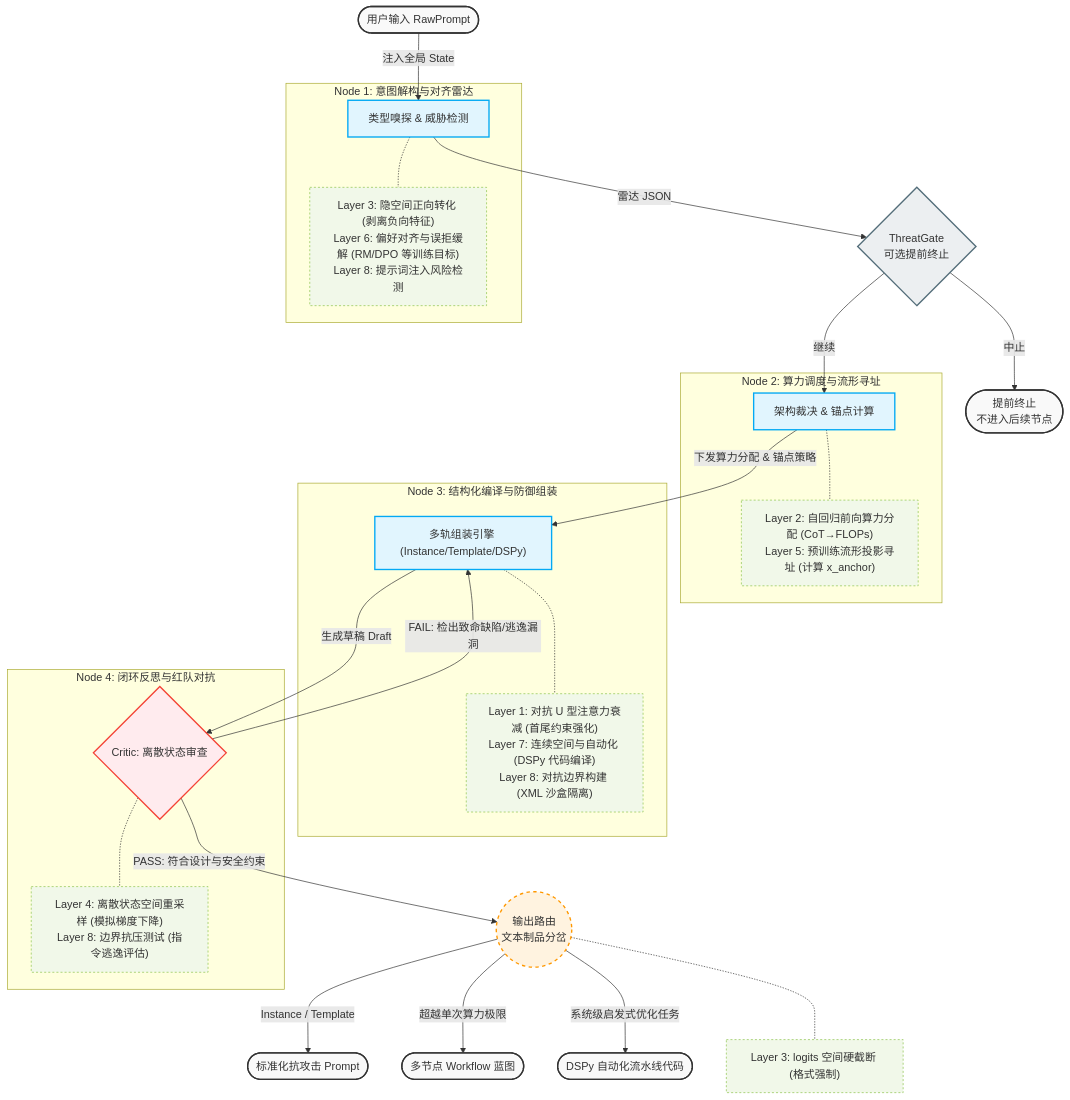
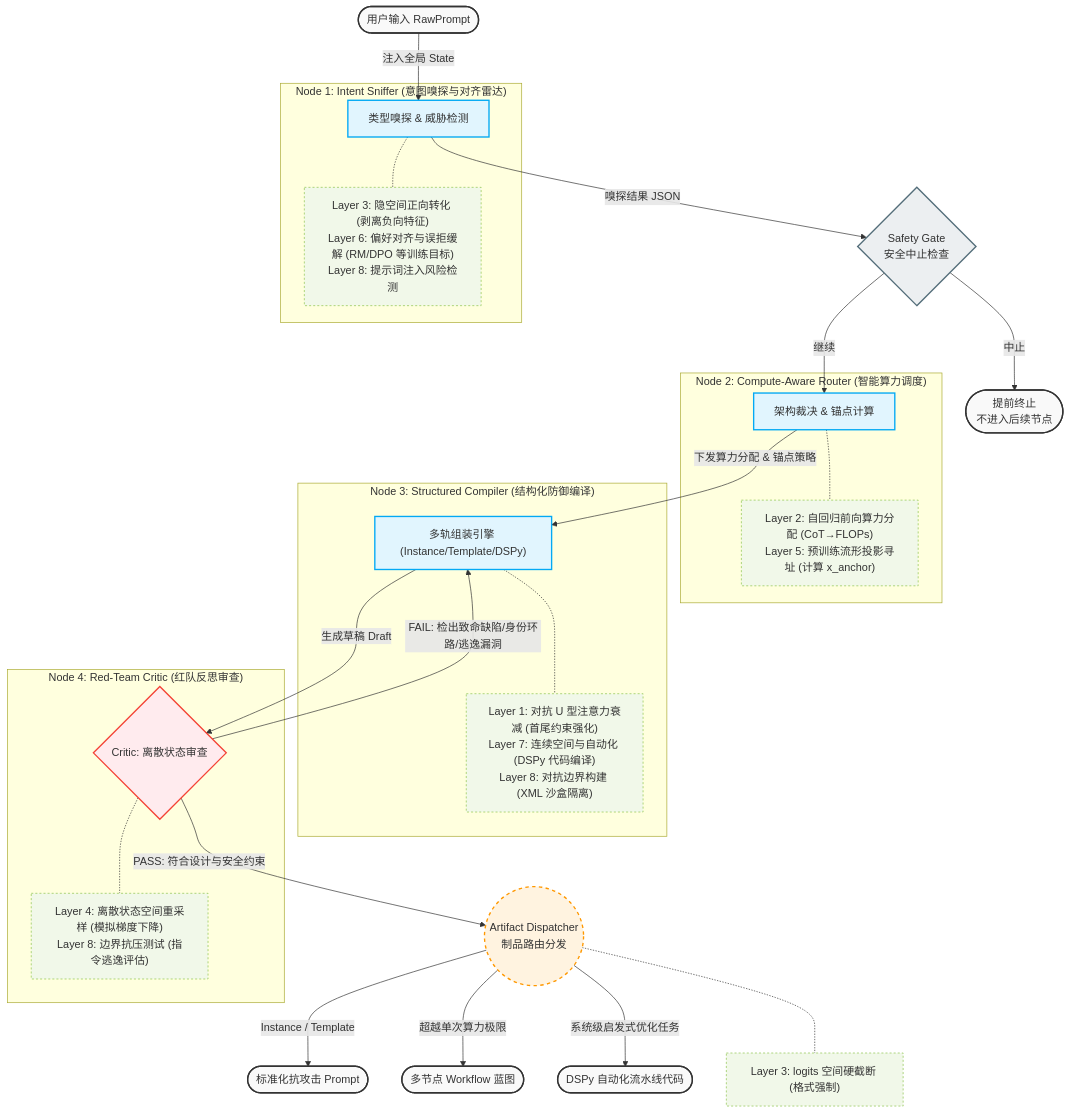
One commit to RimmonXIA/Prompt_Polisher changed the diagram in docs/THEORY.zh.md. Above: the diagram before and after it, drawn with Mermaid. The commit also changed other lines of this file and 6 other files, not shown here.

Commit message:
docs: synchronize all theory and flow documentation; bump version to 0.2.0

````diff
--- a/docs/THEORY.zh.md
+++ b/docs/THEORY.zh.md
@@ -21,75 +27,75 @@
 ```mermaid
 graph TD
     %% 定义样式
     classDef inputOutput fill:#f9f9f9,stroke:#333,stroke-width:2px;
     classDef node fill:#e1f5fe,stroke:#03a9f4,stroke-width:2px;
     classDef critic fill:#ffebee,stroke:#f44336,stroke-width:2px;
     classDef routing fill:#fff3e0,stroke:#ff9800,stroke-width:2px,stroke-dasharray: 5 5;
     classDef theory fill:#f1f8e9,stroke:#8bc34a,stroke-width:1px,stroke-dasharray: 3 3;
     classDef gate fill:#eceff1,stroke:#546e7a,stroke-width:2px;
 
     %% 输入
     Input(["用户输入 RawPrompt"])
 
     %% Node 1
-    subgraph S1 ["Node 1: 意图解构与对齐雷达"]
+    subgraph S1 ["Node 1: Intent Sniffer (意图嗅探与对齐雷达)"]
         N1["类型嗅探 & 威胁检测"]
         T1["Layer 3: 隐空间正向转化 (剥离负向特征)<br>Layer 6: 偏好对齐与误拒缓解 (RM/DPO 等训练目标)<br>Layer 8: 提示词注入风险检测"]
         N1 -.- T1
     end
 
     %% Node 2
-    subgraph S2 ["Node 2: 算力调度与流形寻址"]
+    subgraph S2 ["Node 2: Compute-Aware Router (智能算力调度)"]
         N2["架构裁决 & 锚点计算"]
         T2["Layer 2: 自回归前向算力分配 (CoT→FLOPs)<br>Layer 5: 预训练流形投影寻址 (计算 x_anchor)"]
         N2 -.- T2
     end
 
     %% Node 3
-    subgraph S3 ["Node 3: 结构化编译与防御组装"]
+    subgraph S3 ["Node 3: Structured Compiler (结构化防御编译)"]
         N3["多轨组装引擎 (Instance/Template/DSPy)"]
         T3["Layer 1: 对抗 U 型注意力衰减 (首尾约束强化)<br>Layer 7: 连续空间与自动化 (DSPy 代码编译)<br>Layer 8: 对抗边界构建 (XML 沙盒隔离)"]
         N3 -.- T3
     end
 
     %% Node 4
-    subgraph S4 ["Node 4: 闭环反思与红队对抗"]
+    subgraph S4 ["Node 4: Red-Team Critic (红队反思审查)"]
         N4{"Critic: 离散状态审查"}
         T4["Layer 4: 离散状态空间重采样 (模拟梯度下降)<br>Layer 8: 边界抗压测试 (指令逃逸评估)"]
         N4 -.- T4
     end
 
     %% 输出
     Output1(["标准化抗攻击 Prompt"])
     Output2(["多节点 Workflow 蓝图"])
     Output3(["DSPy 自动化流水线代码"])
 
     %% 流程连接
     Input -->|注入全局 State| N1
-    N1 -->|雷达 JSON| Gate{"ThreatGate<br>可选提前终止"}
+    N1 -->|嗅探结果 JSON| Gate{"Safety Gate<br>安全中止检查"}
     Gate -->|继续| N2
     Gate -->|中止| Abort(["提前终止<br>不进入后续节点"])
     N2 -->|下发算力分配 & 锚点策略| N3
     N3 -->|生成草稿 Draft| N4
     
     %% 路由循环
-    N4 -->|FAIL: 检出致命缺陷/逃逸漏洞| N3
-    N4 -->|PASS: 符合设计与安全约束| Router(("输出路由<br>文本制品分岔"))
+    N4 -->|FAIL: 检出致命缺陷/身份环路/逃逸漏洞| N3
+    N4 -->|PASS: 符合设计与安全约束| Router(("Artifact Dispatcher<br>制品路由分发"))
 
     %% 分发
     Router -->|Instance / Template| Output1
     Router -->|超越单次算力极限| Output2
     Router -->|系统级启发式优化任务| Output3
 
     %% Layer 6 logits 补充
     T_Logits["Layer 3: logits 空间硬截断 (格式强制)"]
     Router -.- T_Logits
 
     %% 应用样式
     class Input,Output1,Output2,Output3,Abort inputOutput;
     class N1,N2,N3 node;
     class N4 critic;
     class Gate gate;
     class Router routing;
     class T1,T2,T3,T4,T_Logits theory;
 ```
````
